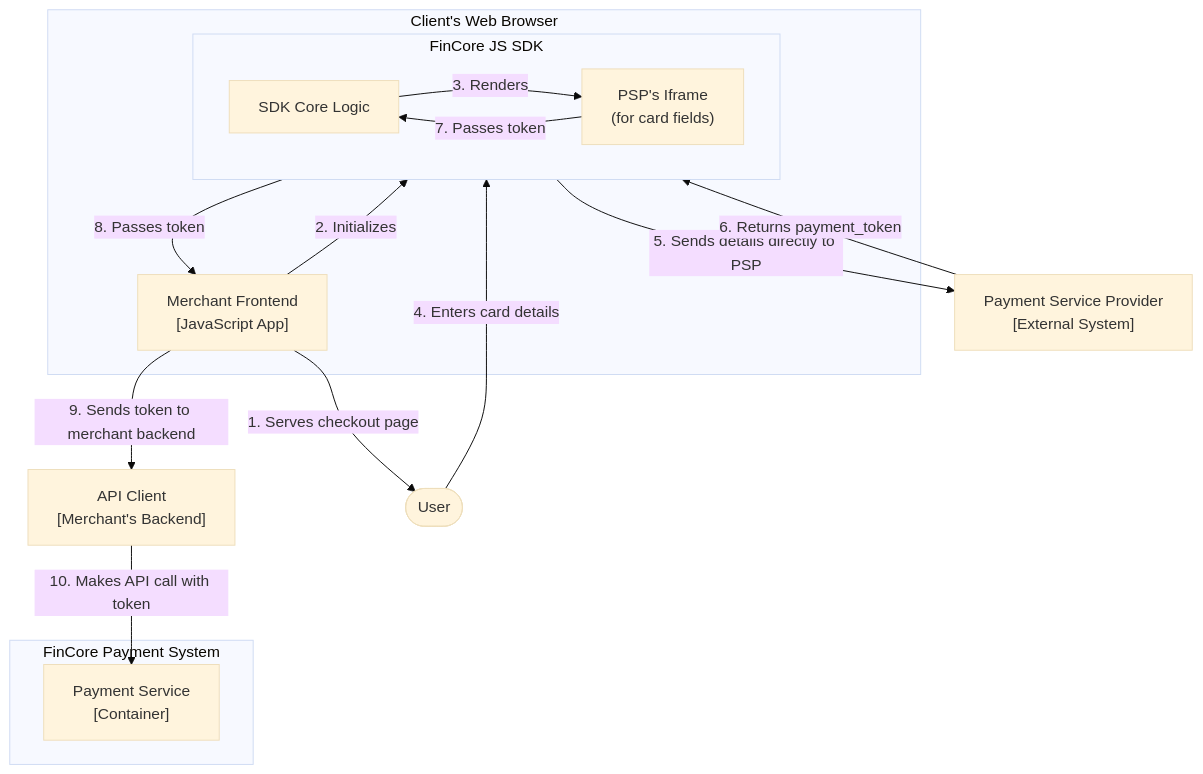
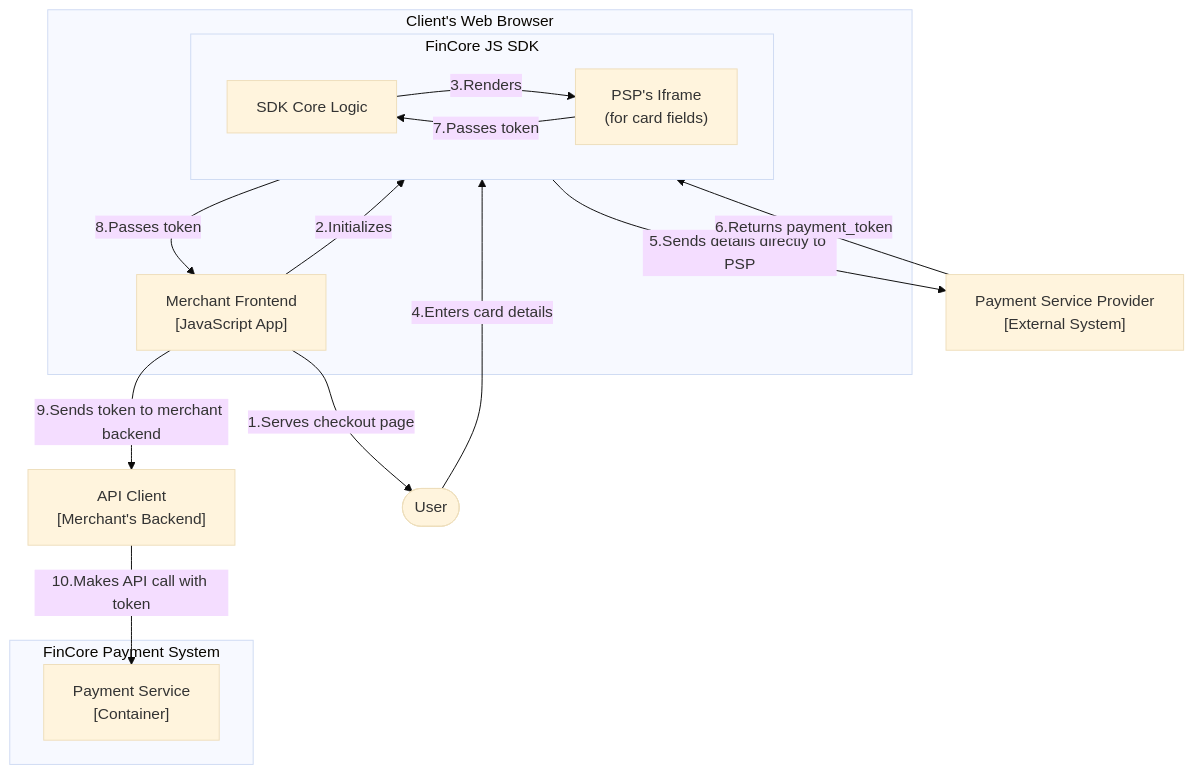
One commit to zhu-weijie/fincore-payments changed the first of 2 diagrams in docs/milestone03.md. Above: the diagram before and after it, drawn with Mermaid (base theme). The commit also changed other lines of this file and 1 other file, not shown here.

Commit message:
Milestone 04

````diff
--- a/docs/milestone03.md
+++ b/docs/milestone03.md
@@ -21,31 +21,31 @@
 ```mermaid
 graph TD
     subgraph "Client's Web Browser"
         merchant_frontend["Merchant Frontend<br>[JavaScript App]"]
         
         subgraph "FinCore JS SDK"
             direction LR
             sdk_core["SDK Core Logic"]
             psp_iframe["PSP's Iframe<br>(for card fields)"]
         end
 
-        merchant_frontend -- "2. Initializes" --> sdk_core
-        sdk_core -- "3. Renders" --> psp_iframe
+        merchant_frontend -- "2.Initializes" --> sdk_core
+        sdk_core -- "3.Renders" --> psp_iframe
     end
 
     subgraph "FinCore Payment System"
         payment_service["Payment Service<br>[Container]"]
     end
 
     api_client["API Client<br>[Merchant's Backend]"]
     psp["Payment Service Provider<br>[External System]"]
 
-    merchant_frontend -- "1. Serves checkout page" --> User([User])
-    User -- "4. Enters card details" --> psp_iframe
-    psp_iframe -- "5. Sends details directly to PSP" --> psp
-    psp -- "6. Returns payment_token" --> psp_iframe
-    psp_iframe -- "7. Passes token" --> sdk_core
-    sdk_core -- "8. Passes token" --> merchant_frontend
-    merchant_frontend -- "9. Sends token to merchant backend" --> api_client
-    api_client -- "10. Makes API call with token" --> payment_service
+    merchant_frontend -- "1.Serves checkout page" --> User([User])
+    User -- "4.Enters card details" --> psp_iframe
+    psp_iframe -- "5.Sends details directly to PSP" --> psp
+    psp -- "6.Returns payment_token" --> psp_iframe
+    psp_iframe -- "7.Passes token" --> sdk_core
+    sdk_core -- "8.Passes token" --> merchant_frontend
+    merchant_frontend -- "9.Sends token to merchant backend" --> api_client
+    api_client -- "10.Makes API call with token" --> payment_service
 ```
````
